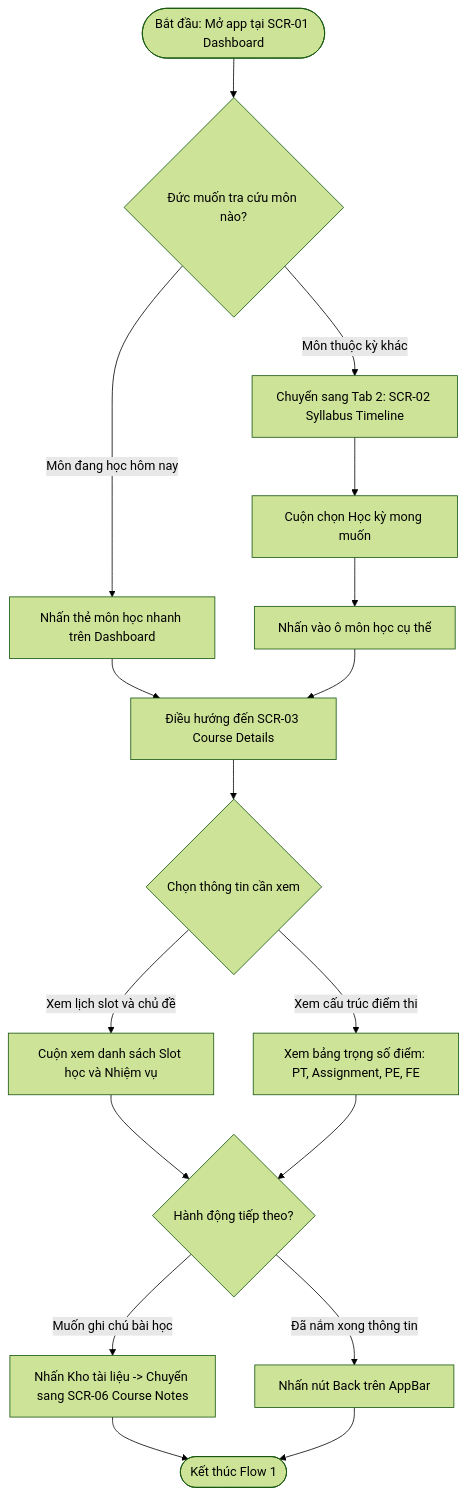
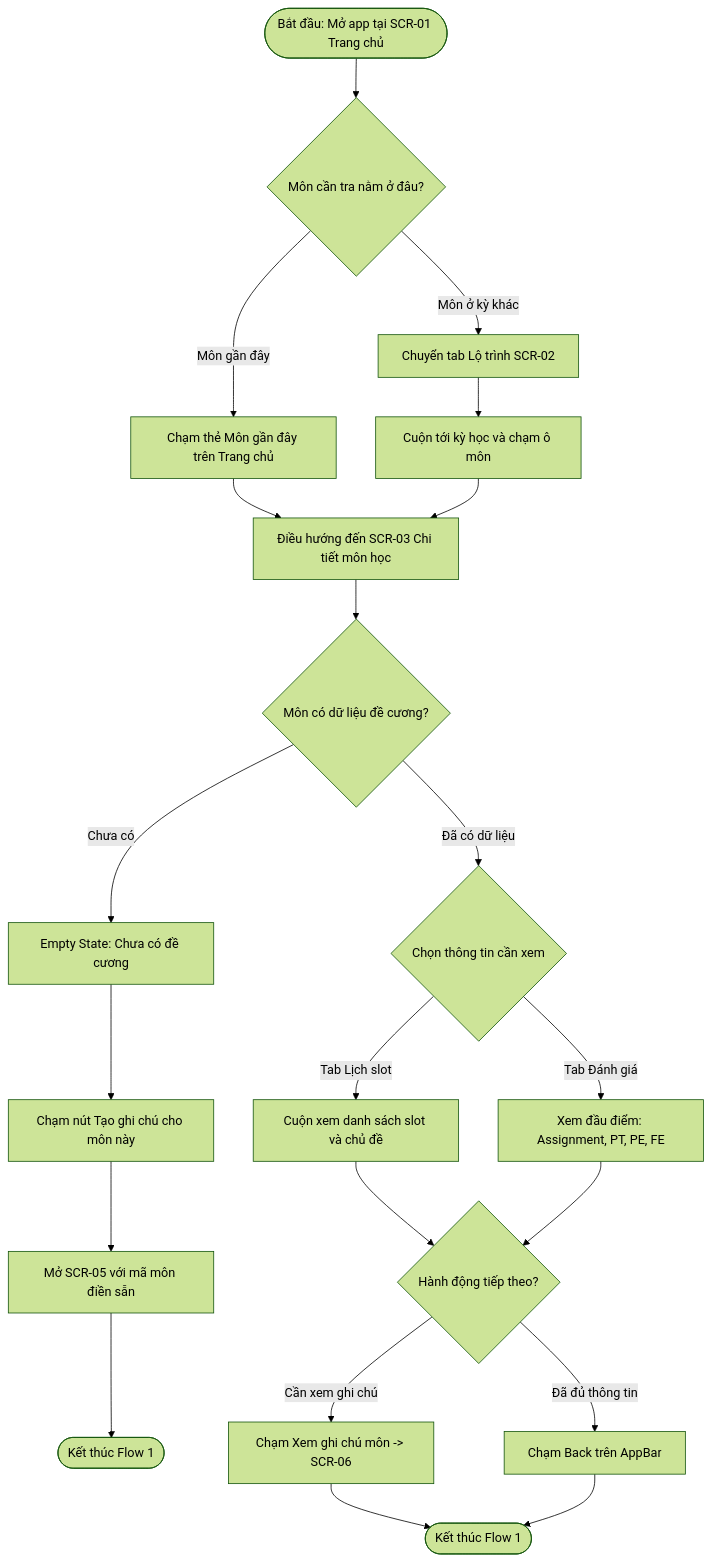
One commit to quanglong68/prm323-lab2-gr6 changed the first of 4 diagrams in user-flow.md. Above: the diagram before and after it, drawn with Mermaid (forest theme). The commit also changed other lines of this file, not shown here.

````diff
--- a/user-flow.md
+++ b/user-flow.md
@@ -50,19 +96,23 @@
 ```mermaid
 flowchart TD
-    Start(["Bắt đầu: Mở app tại SCR-01 Dashboard"]) --> CheckContext{"Đức muốn tra cứu môn nào?"}
-    CheckContext -->|Môn đang học hôm nay| TapQuickCard["Nhấn thẻ môn học nhanh trên Dashboard"]
-    CheckContext -->|Môn thuộc kỳ khác| NavTimeline["Chuyển sang Tab 2: SCR-02 Syllabus Timeline"]
-    NavTimeline --> SelectSemester["Cuộn chọn Học kỳ mong muốn"]
-    SelectSemester --> TapSubjectNode["Nhấn vào ô môn học cụ thể"]
-    TapQuickCard --> OpenDetails["Điều hướng đến SCR-03 Course Details"]
-    TapSubjectNode --> OpenDetails
-    OpenDetails --> ViewTabs{"Chọn thông tin cần xem"}
-    ViewTabs -->|Xem lịch slot và chủ đề| ReadSchedule["Cuộn xem danh sách Slot học và Nhiệm vụ"]
-    ViewTabs -->|Xem cấu trúc điểm thi| ReadAssessment["Xem bảng trọng số điểm: PT, Assignment, PE, FE"]
+    Start(["Bắt đầu: Mở app tại SCR-01 Trang chủ"]) --> CheckContext{"Môn cần tra nằm ở đâu?"}
+    CheckContext -->|Môn gần đây| TapQuickCard["Chạm thẻ Môn gần đây trên Trang chủ"]
+    CheckContext -->|Môn ở kỳ khác| NavTimeline["Chuyển tab Lộ trình SCR-02"]
+    NavTimeline --> SelectSemester["Cuộn tới kỳ học và chạm ô môn"]
+    TapQuickCard --> OpenDetails["Điều hướng đến SCR-03 Chi tiết môn học"]
+    SelectSemester --> OpenDetails
+    OpenDetails --> CheckData{"Môn có dữ liệu đề cương?"}
+    CheckData -->|Chưa có| EmptySyllabus["Empty State: Chưa có đề cương"]
+    EmptySyllabus --> CreateNoteAction["Chạm nút Tạo ghi chú cho môn này"]
+    CreateNoteAction --> OpenEditorEmpty["Mở SCR-05 với mã môn điền sẵn"]
+    OpenEditorEmpty --> EndFlow1Empty(["Kết thúc Flow 1"])
+    CheckData -->|Đã có dữ liệu| ViewTabs{"Chọn thông tin cần xem"}
+    ViewTabs -->|Tab Lịch slot| ReadSchedule["Cuộn xem danh sách slot và chủ đề"]
+    ViewTabs -->|Tab Đánh giá| ReadAssessment["Xem đầu điểm: Assignment, PT, PE, FE"]
     ReadSchedule --> NextAction{"Hành động tiếp theo?"}
     ReadAssessment --> NextAction
-    NextAction -->|Muốn ghi chú bài học| NavNotes["Nhấn Kho tài liệu -> Chuyển sang SCR-06 Course Notes"]
-    NextAction -->|Đã nắm xong thông tin| BackNav["Nhấn nút Back trên AppBar"]
+    NextAction -->|Cần xem ghi chú| NavNotes["Chạm Xem ghi chú môn -> SCR-06"]
+    NextAction -->|Đã đủ thông tin| BackNav["Chạm Back trên AppBar"]
     NavNotes --> EndFlow1(["Kết thúc Flow 1"])
     BackNav --> EndFlow1
 ```
````
